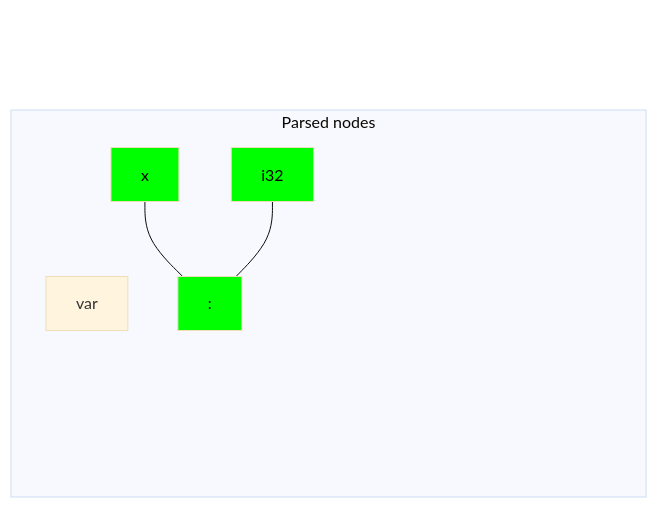
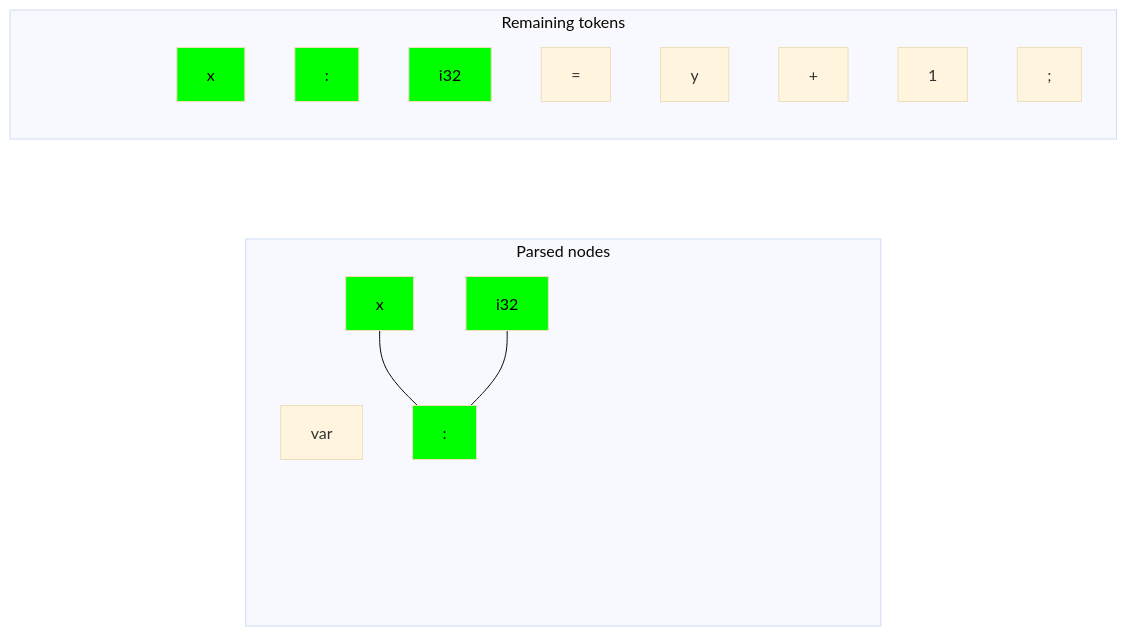
The third of 9 diagrams in toolchain/docs/parse.md (carbon-language/carbon-lang), drawn with Mermaid (base theme) before and after one commit. The commit also changed other lines of this file, not shown here.

````diff
--- a/toolchain/docs/parse.md
+++ b/toolchain/docs/parse.md
@@ -269,29 +247,45 @@
 ```mermaid
 flowchart BT
-    root:::hidden
+    subgraph tokens["Remaining tokens"]
+        token1[var]:::used
+        token2[x]:::moved
+        token3[:]:::moved
+        token4[i32]:::moved
+        token5[=]
+        token6[y]
+        token7[+]
+        token8[1]
+        token9[;]
+    end
+
     subgraph nodes["Parsed nodes"]
         direction BT
         node1[var]
         node2[x]:::moved
         node3[:]:::moved
         node4[i32]:::moved
         node5[=]:::pending
         node6[y]:::pending
         node7[+]:::pending
         node8[1]:::pending
         node9[;]:::pending
     end
 
+    %% A token which has been used.
+    classDef used visibility:hidden
+    %% A node which will be used, but hasn't yet been.
     classDef pending visibility:hidden
+    %% A token or node which is actively being used.
     classDef moved fill:#0F0,color:#000
-    classDef hidden visibility:hidden,display:none
 
-    node1 ~~~~ root
+    nodes ~~~ tokens
+
+    node1 ~~~~ tokens
     node3 --- node2 & node4
-    node3 ~~~ root
-    node5 ~~~~ root
+    node3 ~~~ tokens
+    node5 ~~~~ tokens
     node7 ~~~ node6 & node8
-    node7 ~~~ root
+    node7 ~~~ tokens
     node9 ~~~ node1 & node3 & node5 & node7
-    node9 ~~~ root
+    node9 ~~~ tokens
 ```
````
